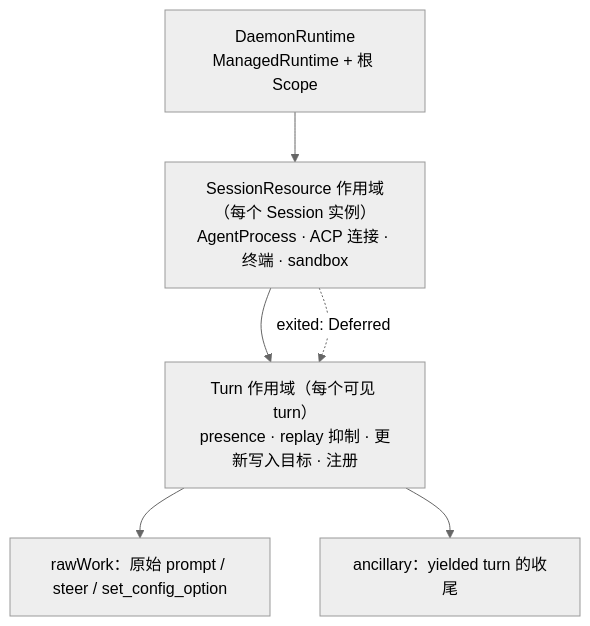
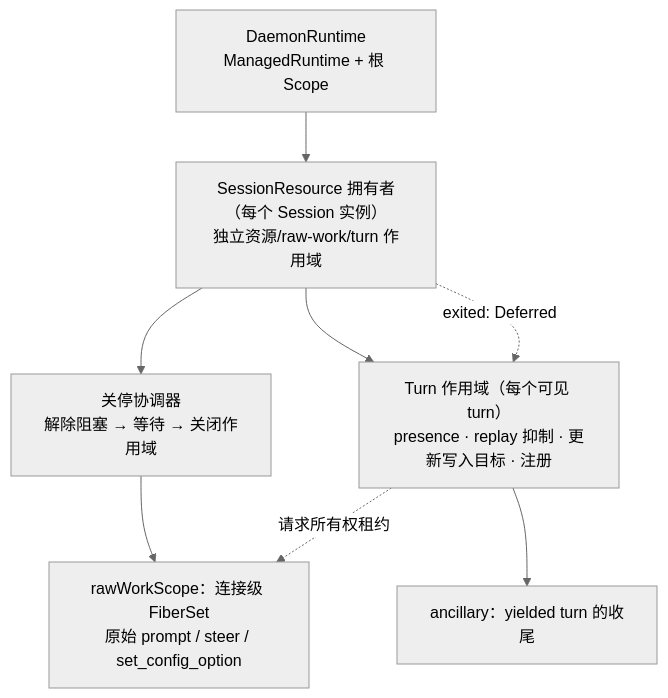
Before and after one commit to LodyAI/Lody: the diagram in .agents/notes/proposed/architecture/2026-09-27-effect-turn-execution-and-acp-process-ownership.zh.md, drawn with Mermaid (neutral theme). The commit also changed other lines of this file and 3 other files, not shown here.

````diff
--- a/.agents/notes/proposed/architecture/2026-09-27-effect-turn-execution-and-acp-process-ownership.zh.md
+++ b/.agents/notes/proposed/architecture/2026-09-27-effect-turn-execution-and-acp-process-ownership.zh.md
@@ -147,8 +196,10 @@
 ```mermaid
 flowchart TD
-    D["DaemonRuntime<br/>ManagedRuntime + 根 Scope"] --> R["SessionResource 作用域（每个 Session 实例）<br/>AgentProcess · ACP 连接 · 终端 · sandbox"]
+    D["DaemonRuntime<br/>ManagedRuntime + 根 Scope"] --> R["SessionResource 拥有者（每个 Session 实例）<br/>独立资源/raw-work/turn 作用域"]
     R --> T["Turn 作用域（每个可见 turn）<br/>presence · replay 抑制 · 更新写入目标 · 注册"]
-    T --> W["rawWork：原始 prompt / steer / set_config_option"]
+    R --> C["关停协调器<br/>解除阻塞 → 等待 → 关闭作用域"]
+    C --> W["rawWorkScope：连接级 FiberSet<br/>原始 prompt / steer / set_config_option"]
+    T -.请求所有权租约.-> W
     T --> A["ancillary：yielded turn 的收尾"]
     R -.exited: Deferred.-> T
 ```
````
